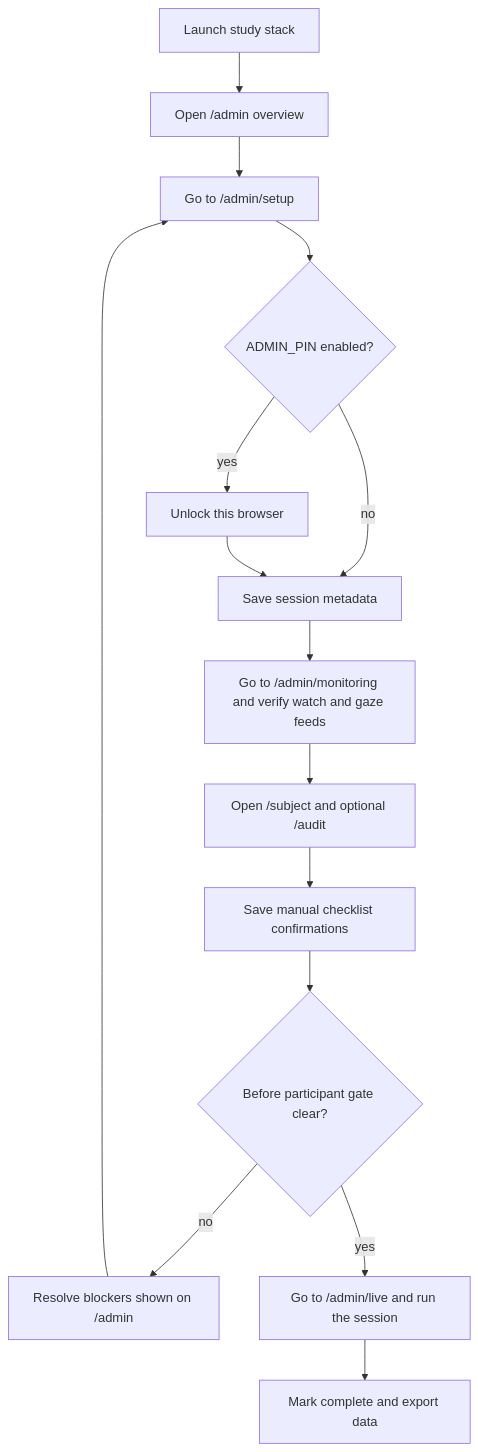
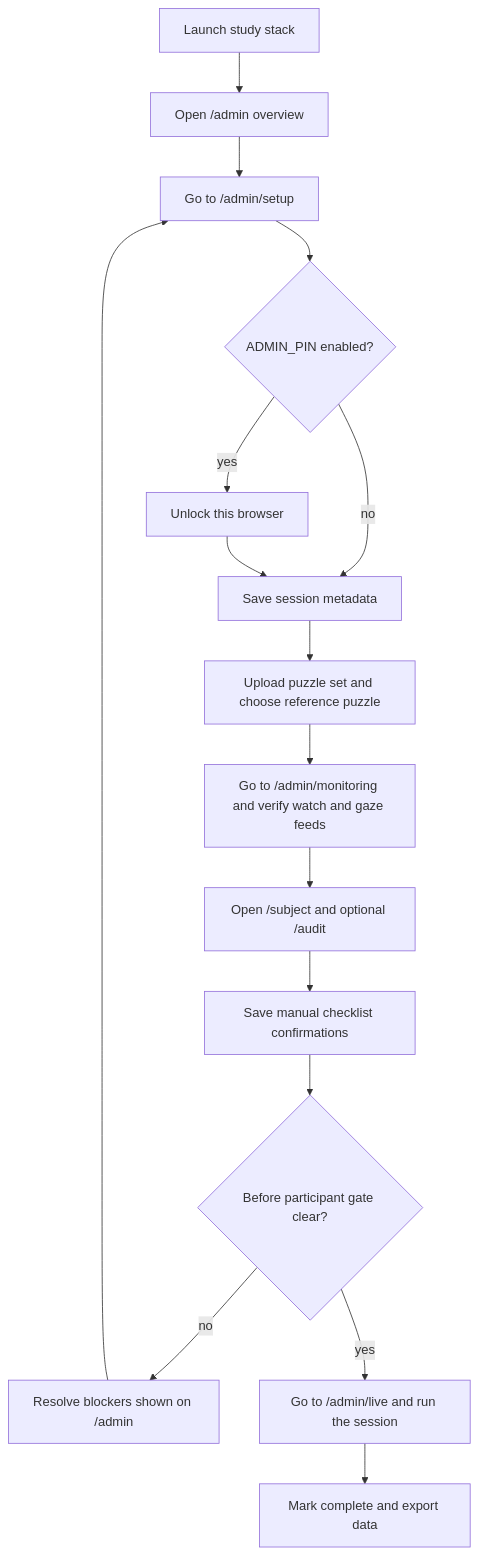
The second of 2 diagrams in docs/internal-study-readiness.md (shrijacked/wizard-of-oz-control-app), drawn with Mermaid before and after one commit. The commit also changed other lines of this file and 14 other files, not shown here.

Commit message:
Add session reference puzzle library

````diff
--- a/docs/internal-study-readiness.md
+++ b/docs/internal-study-readiness.md
@@ -24,17 +24,18 @@
 ```mermaid
 flowchart TD
     boot["Launch study stack"] --> admin["Open /admin overview"]
     admin --> setup["Go to /admin/setup"]
     setup --> unlock{"ADMIN_PIN enabled?"}
     unlock -- yes --> pin["Unlock this browser"]
     unlock -- no --> save["Save session metadata"]
     pin --> save
-    save --> sensors["Go to /admin/monitoring and verify watch and gaze feeds"]
+    save --> reference["Upload puzzle set and choose reference puzzle"]
+    reference --> sensors["Go to /admin/monitoring and verify watch and gaze feeds"]
     sensors --> displays["Open /subject and optional /audit"]
     displays --> manual["Save manual checklist confirmations"]
     manual --> gate{"Before participant gate clear?"}
     gate -- no --> fix["Resolve blockers shown on /admin"]
     fix --> setup
     gate -- yes --> run["Go to /admin/live and run the session"]
     run --> complete["Mark complete and export data"]
 ```
````
